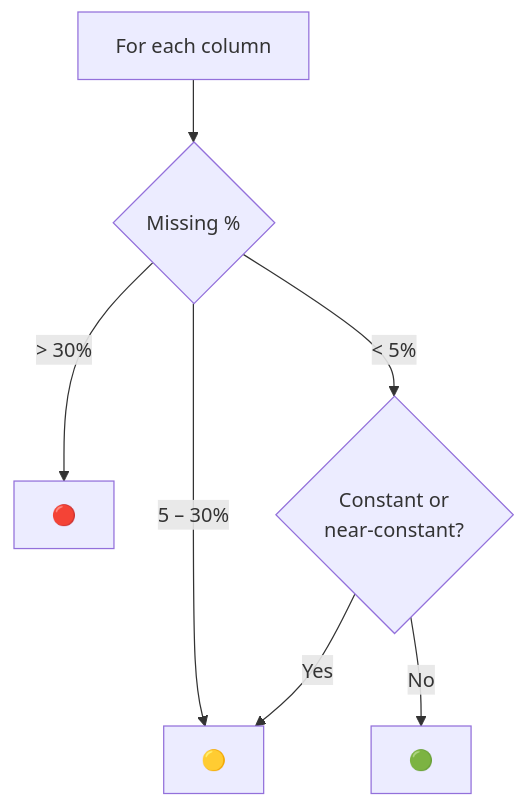
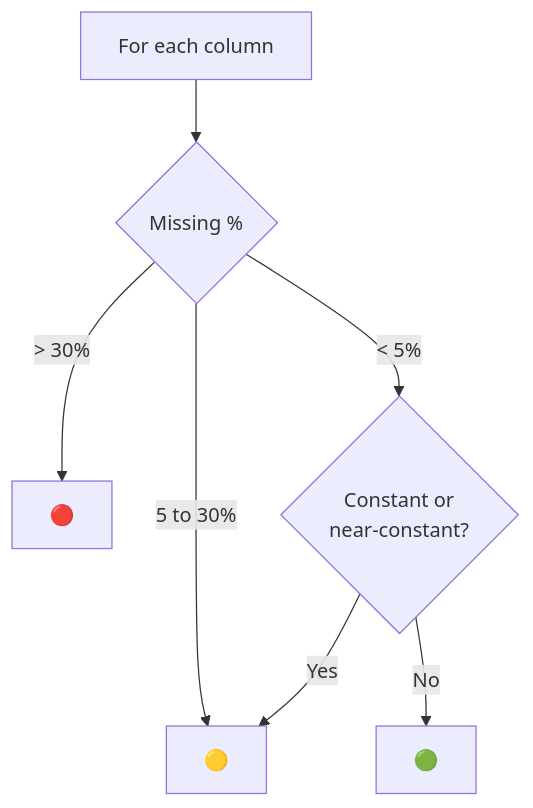
Diagram 11 of 49 in README.md (Mansi232323/VERIDEXA), drawn with Mermaid before and after one commit. The commit also changed other lines of this file, not shown here.

````diff
--- a/README.md
+++ b/README.md
@@ -497,9 +497,9 @@
 ```mermaid
 flowchart TD
     COL["For each column"] --> N{"Missing %"}
     N -- "> 30%" --> RED["🔴"]
-    N -- "5 – 30%" --> YEL["🟡"]
+    N -- "5 to 30%" --> YEL["🟡"]
     N -- "< 5%" --> CK{"Constant or<br/>near-constant?"}
     CK -- Yes --> YEL
     CK -- No --> GRN["🟢"]
 ```
````
